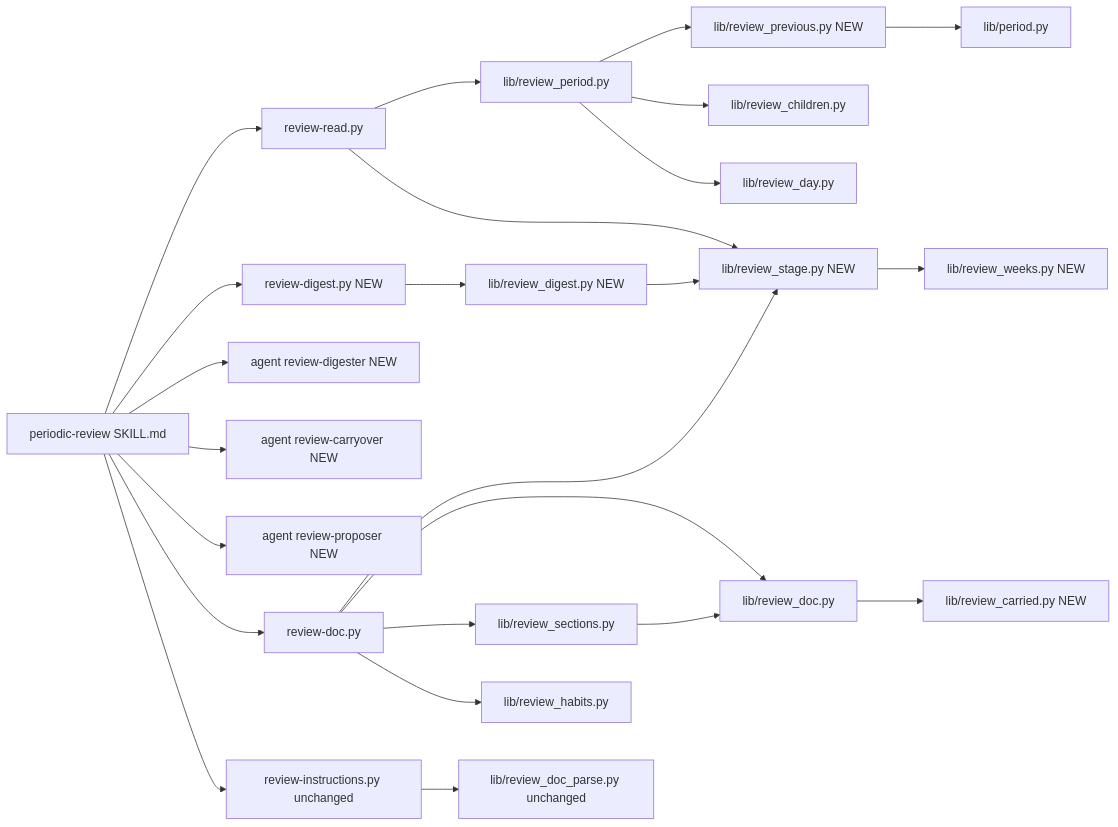
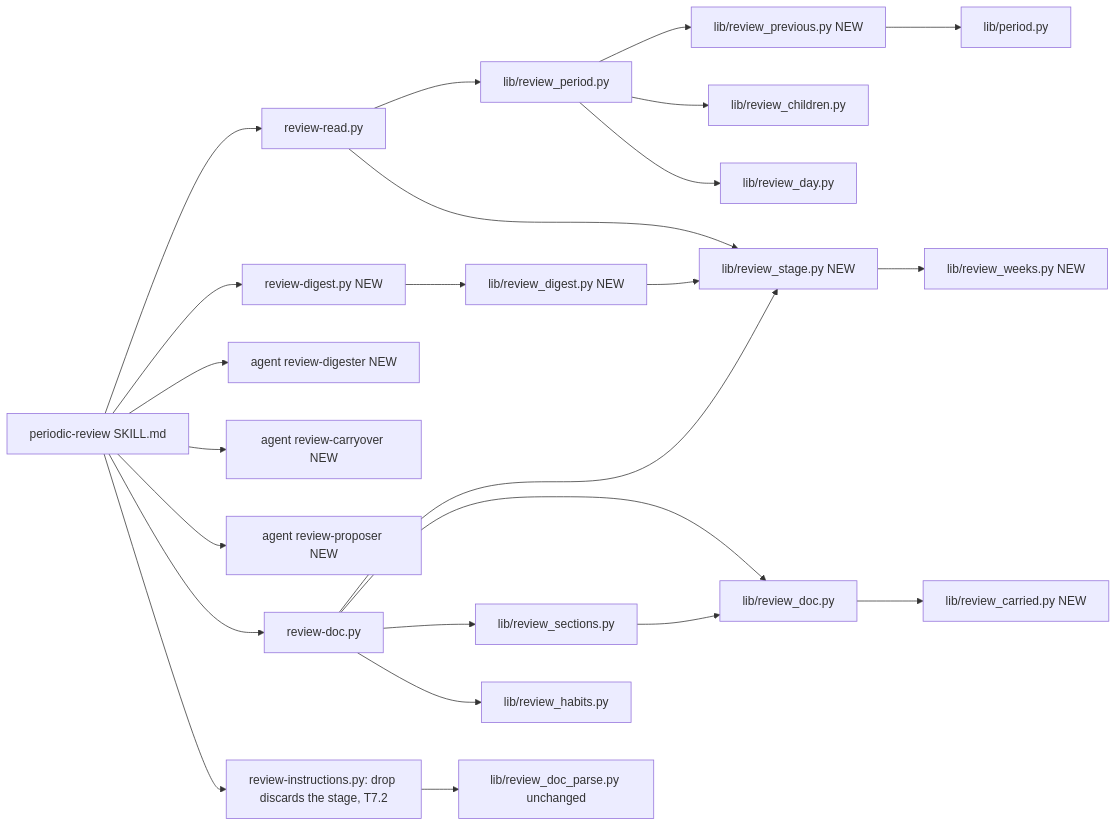
One commit to MMoMM-org/miyo-tomo changed the second of 4 diagrams in docs/XDD/specs/047-review-chunked-read/solution.md. Above: the diagram before and after it, drawn with Mermaid. The commit also changed other lines of this file and 4 other files, not shown here.

````diff
--- a/docs/XDD/specs/047-review-chunked-read/solution.md
+++ b/docs/XDD/specs/047-review-chunked-read/solution.md
@@ -357,26 +357,26 @@
 ```mermaid
 graph LR
     Skill[periodic-review SKILL.md] --> Read[review-read.py]
     Read --> PeriodRead[lib/review_period.py]
     PeriodRead --> Previous[lib/review_previous.py NEW]
     PeriodRead --> Children[lib/review_children.py]
     PeriodRead --> Day[lib/review_day.py]
     Previous --> Period[lib/period.py]
     Read --> Stage[lib/review_stage.py NEW]
     Stage --> Weeks[lib/review_weeks.py NEW]
     Skill --> DigestCli[review-digest.py NEW]
     DigestCli --> DigestLib[lib/review_digest.py NEW]
     DigestLib --> Stage
     Skill --> Digester[agent review-digester NEW]
     Skill --> Carry[agent review-carryover NEW]
     Skill --> Proposer[agent review-proposer NEW]
     Skill --> Doc[review-doc.py]
     Doc --> Stage
     Doc --> DocLib[lib/review_doc.py]
     Doc --> Sections[lib/review_sections.py]
     DocLib --> Carried[lib/review_carried.py NEW]
     Sections --> DocLib
     Doc --> Habits[lib/review_habits.py]
-    Skill --> Instr[review-instructions.py unchanged]
+    Skill --> Instr[review-instructions.py: drop discards the stage, T7.2]
     Instr --> Parse[lib/review_doc_parse.py unchanged]
 ```
````
